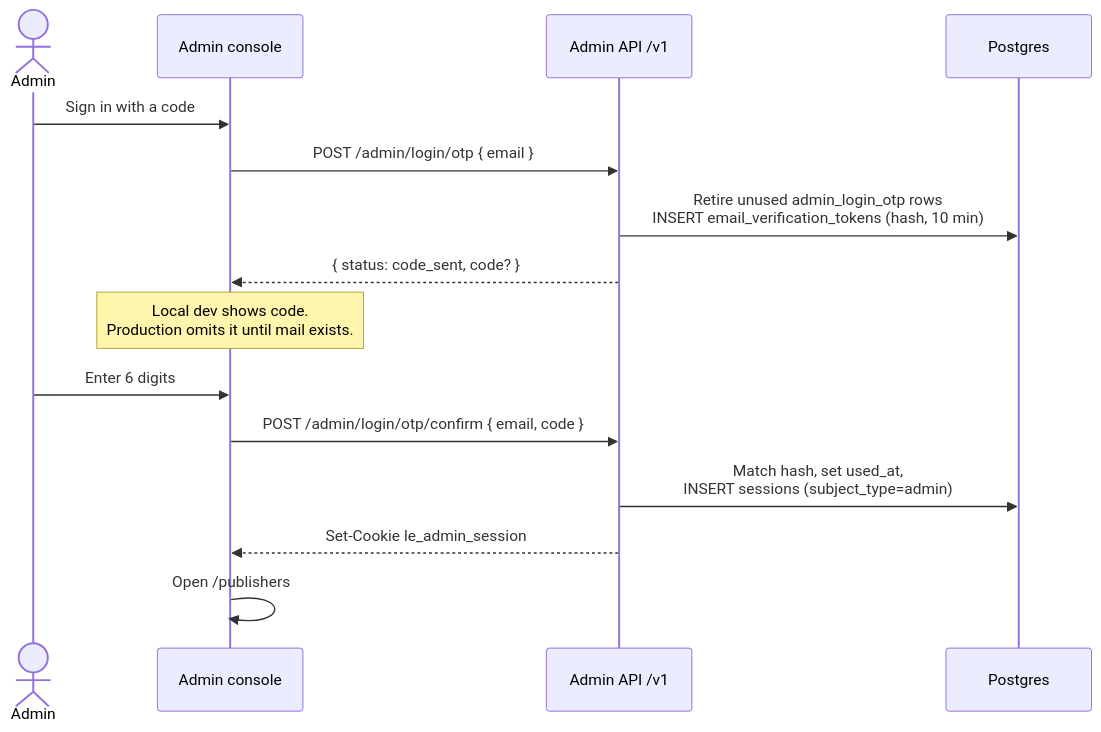
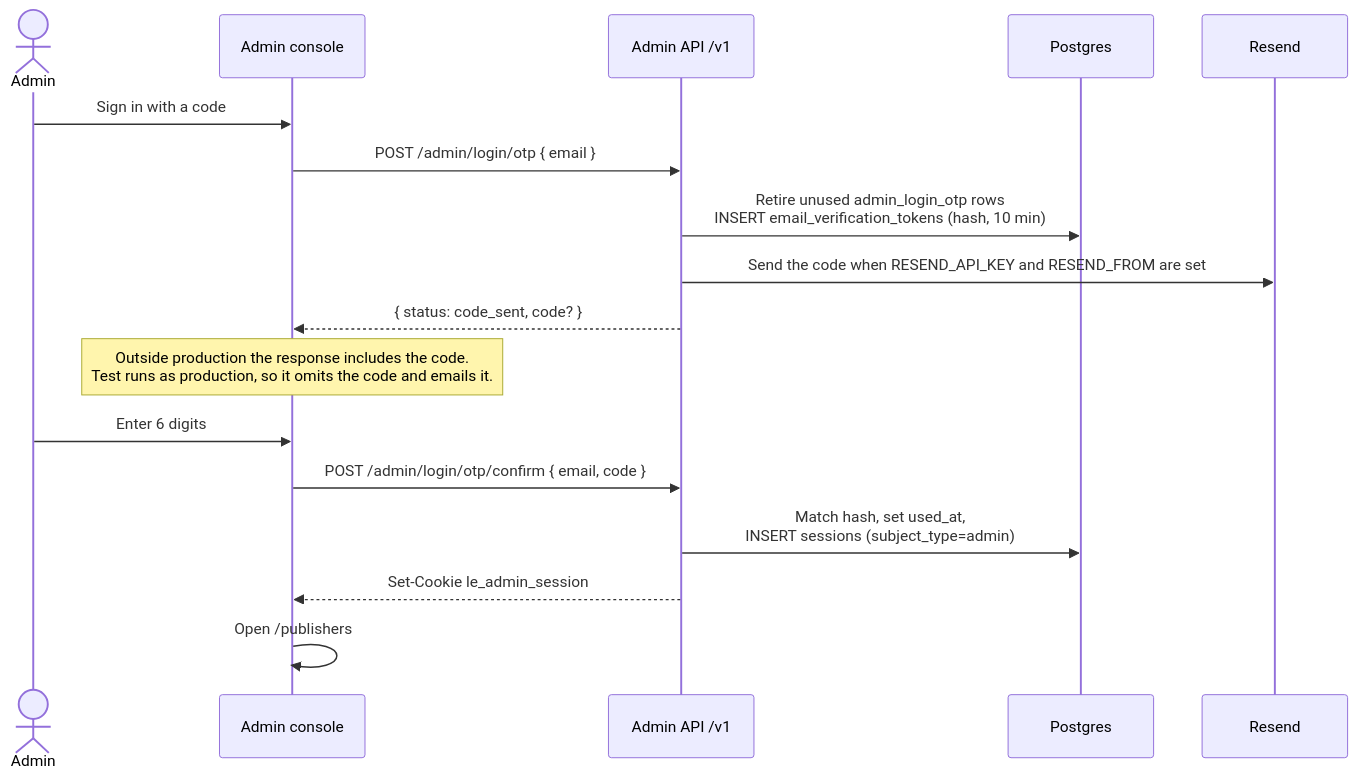
The diagram in docs/flows/admin-otp-login.md (BradleySmallbottoms/evently), drawn with Mermaid before and after one commit. The commit also changed other lines of this file and 67 other files, not shown here.

````diff
--- a/docs/flows/admin-otp-login.md
+++ b/docs/flows/admin-otp-login.md
@@ -17,18 +19,20 @@
 ```mermaid
 sequenceDiagram
   actor Admin
   participant UI as Admin console
   participant API as Admin API /v1
   participant DB as Postgres
+  participant Resend
 
   Admin->>UI: Sign in with a code
   UI->>API: POST /admin/login/otp { email }
   API->>DB: Retire unused admin_login_otp rows<br/>INSERT email_verification_tokens (hash, 10 min)
+  API->>Resend: Send the code when RESEND_API_KEY and RESEND_FROM are set
   API-->>UI: { status: code_sent, code? }
-  Note over UI: Local dev shows code.<br/>Production omits it until mail exists.
+  Note over UI: Outside production the response includes the code.<br/>Test runs as production, so it omits the code and emails it.
   Admin->>UI: Enter 6 digits
   UI->>API: POST /admin/login/otp/confirm { email, code }
   API->>DB: Match hash, set used_at,<br/>INSERT sessions (subject_type=admin)
   API-->>UI: Set-Cookie le_admin_session
   UI->>UI: Open /publishers
 ```
````
